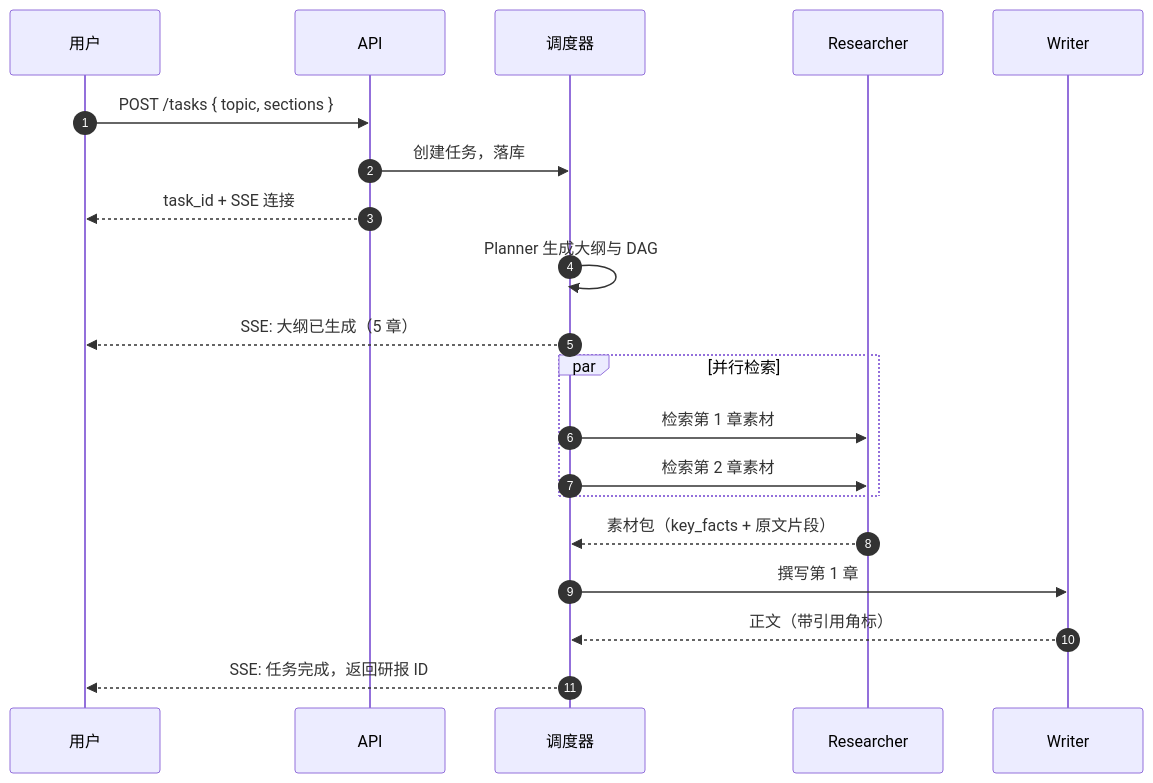
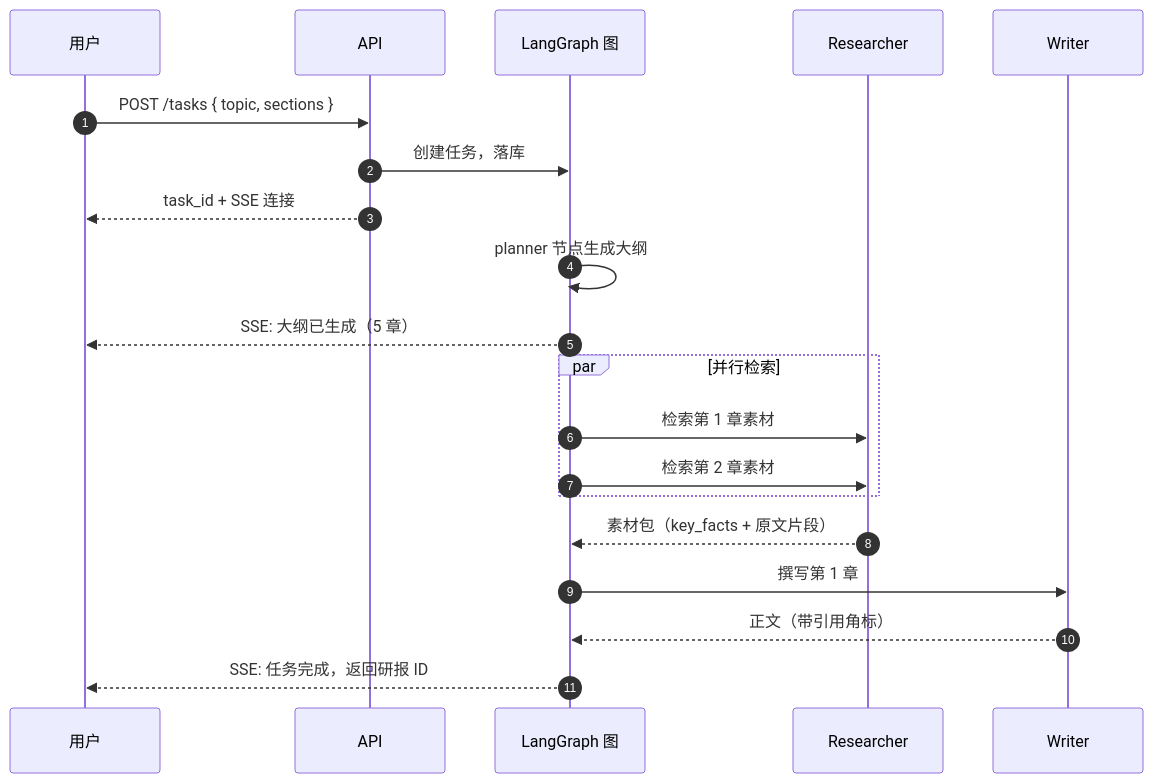
The second of 2 diagrams in README.md (TheQing1/reportflow), drawn with Mermaid before and after one commit. The commit also changed other lines of this file and 8 other files, not shown here.

First line of the commit message:
docs: 同步编排迁移与三档检索的文档、验收记录与界面截图

````diff
--- a/README.md
+++ b/README.md
@@ -203,27 +203,27 @@
 ```mermaid
 sequenceDiagram
     autonumber
     participant U as 用户
     participant A as API
-    participant S as 调度器
+    participant S as LangGraph 图
     participant R as Researcher
     participant W as Writer
 
     U->>A: POST /tasks { topic, sections }
     A->>S: 创建任务，落库
     A-->>U: task_id + SSE 连接
 
-    S->>S: Planner 生成大纲与 DAG
+    S->>S: planner 节点生成大纲
     S-->>U: SSE: 大纲已生成（5 章）
 
     par 并行检索
         S->>R: 检索第 1 章素材
         S->>R: 检索第 2 章素材
     end
     R-->>S: 素材包（key_facts + 原文片段）
 
     S->>W: 撰写第 1 章
     W-->>S: 正文（带引用角标）
 
     S-->>U: SSE: 任务完成，返回研报 ID
 ```
````
